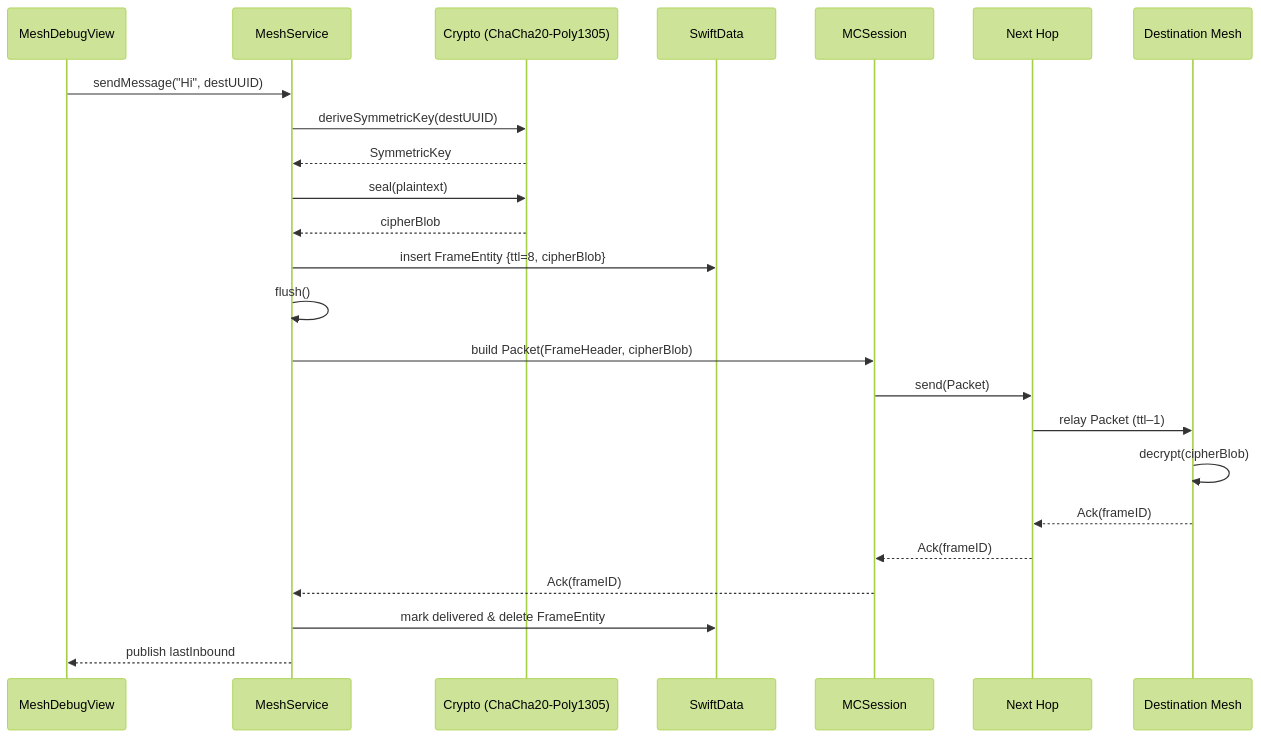
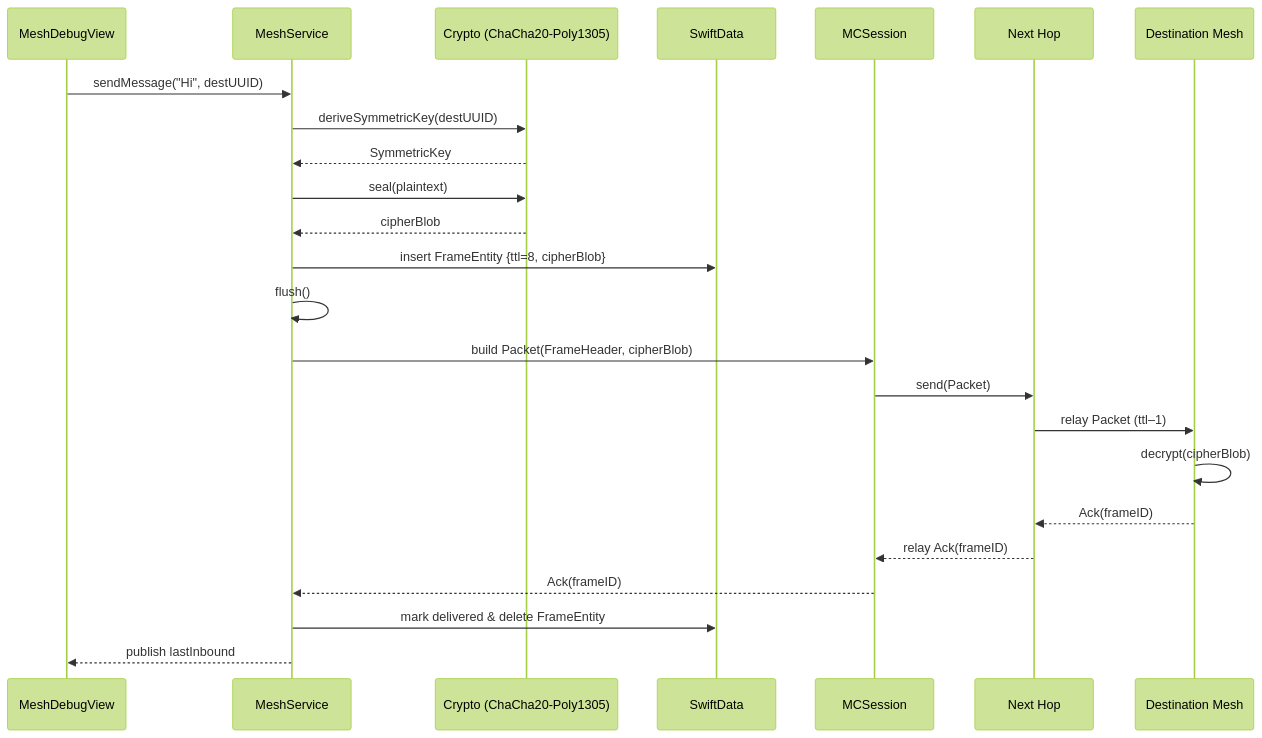
Before and after one commit to adrior11/SwiftMeshRelay: the third of 5 diagrams in README.md, drawn with Mermaid (forest theme). The commit also changed other lines of this file, not shown here.

````diff
--- a/README.md
+++ b/README.md
@@ -132,27 +114,27 @@
 ```mermaid
 sequenceDiagram
     participant UI as MeshDebugView
     participant Mesh as MeshService
     participant Crypto as Crypto (ChaCha20‑Poly1305)
     participant Storage as SwiftData
     participant MPC as MCSession
     participant Hop as Next Hop
     participant Dest as Destination Mesh
 
     UI->>Mesh: sendMessage("Hi", destUUID)
     Mesh->>Crypto: deriveSymmetricKey(destUUID)
     Crypto-->>Mesh: SymmetricKey
     Mesh->>Crypto: seal(plaintext)
     Crypto-->>Mesh: cipherBlob
     Mesh->>Storage: insert FrameEntity {ttl=8, cipherBlob}
     Mesh->>Mesh: flush()
     Mesh->>MPC: build Packet(FrameHeader, cipherBlob)
     MPC->>Hop: send(Packet)
     Hop->>Dest: relay Packet (ttl‒1)
     Dest->>Dest: decrypt(cipherBlob)
     Dest-->>Hop: Ack(frameID)
-    Hop-->>MPC: Ack(frameID)
+    Hop-->>MPC: relay Ack(frameID)
     MPC-->>Mesh: Ack(frameID)
     Mesh->>Storage: mark delivered & delete FrameEntity
     Mesh-->>UI: publish lastInbound
 ```
````
